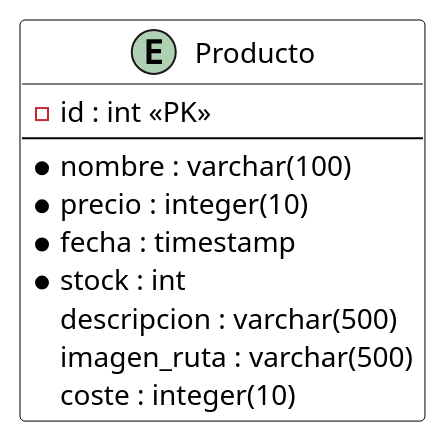
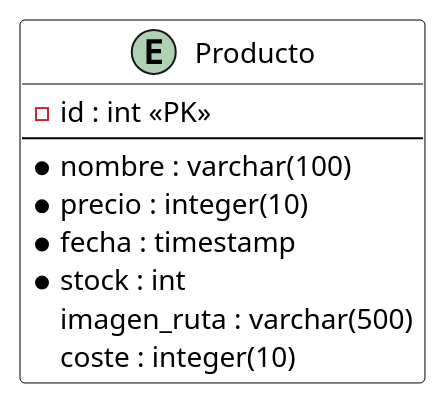
One commit to OverCV/Portalapp changed the diagram in .docs/entity-relation/productos.plantuml. Above: the diagram before and after it, drawn with PlantUML. The commit also changed 4 other files, not shown here.

```diff
--- a/.docs/entity-relation/productos.plantuml
+++ b/.docs/entity-relation/productos.plantuml
@@ -1,22 +1,22 @@
 @startuml "Diagrama Entidad Relación - Productos"
 
 skinparam linetype ortho
 skinparam class {
     BackgroundColor White
     ArrowColor Black
     BorderColor Black
 }
 
 entity "Producto" as producto {
     -id : int <<PK>>
     --
     *nombre : varchar(100)
     *precio : integer(10)
     *fecha : timestamp
     *stock : int
-    descripcion : varchar(500)
+    ' descripcion : varchar(500)
     imagen_ruta : varchar(500)
     coste : integer(10)
 }
 
 @enduml
```
